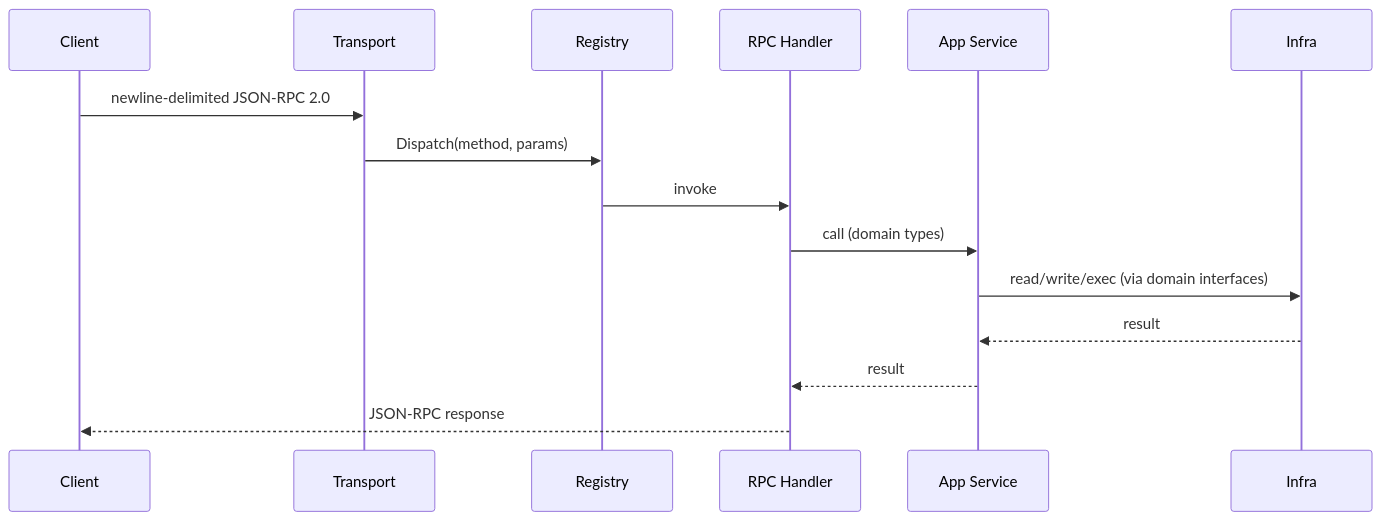
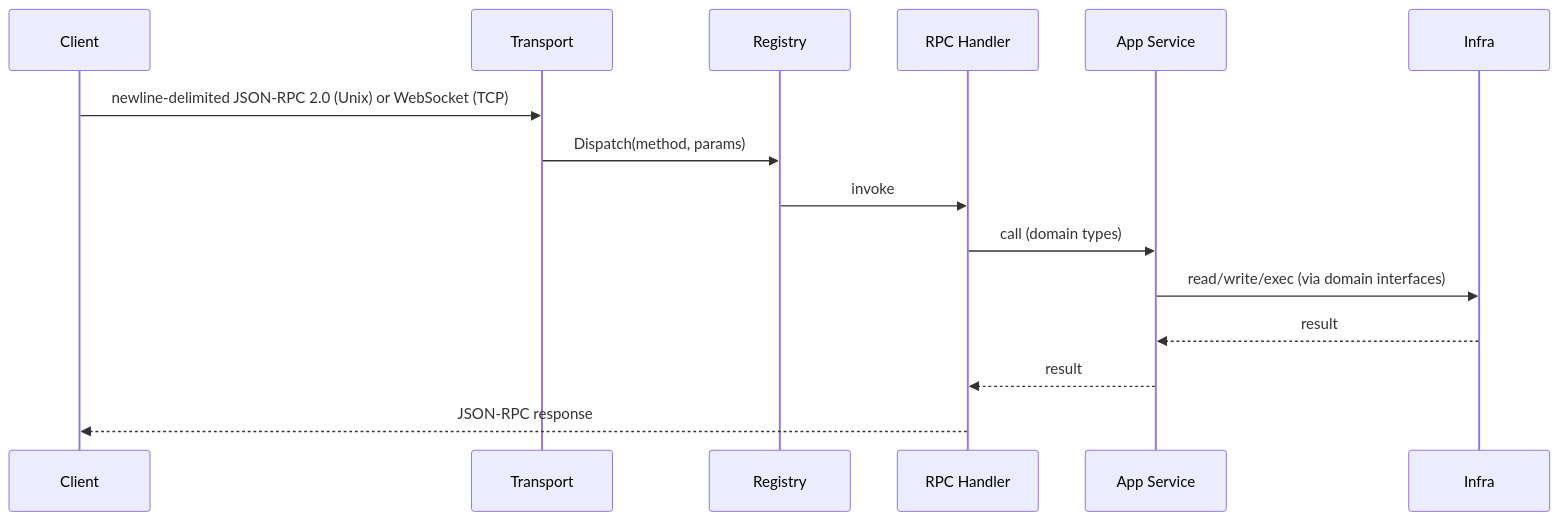
Before and after one commit to oursky/nexus: the second of 2 diagrams in ARCHITECTURE.md, drawn with Mermaid. The commit also changed other lines of this file, not shown here.

````diff
--- a/ARCHITECTURE.md
+++ b/ARCHITECTURE.md
@@ -251,18 +607,18 @@
 ```mermaid
 sequenceDiagram
     participant Client
     participant Transport
     participant Registry
     participant RPC Handler
     participant App Service
     participant Infra
 
-    Client->>Transport: newline-delimited JSON-RPC 2.0
+    Client->>Transport: newline-delimited JSON-RPC 2.0 (Unix) or WebSocket (TCP)
     Transport->>Registry: Dispatch(method, params)
     Registry->>RPC Handler: invoke
     RPC Handler->>App Service: call (domain types)
     App Service->>Infra: read/write/exec (via domain interfaces)
     Infra-->>App Service: result
     App Service-->>RPC Handler: result
     RPC Handler-->>Client: JSON-RPC response
 ```
````
